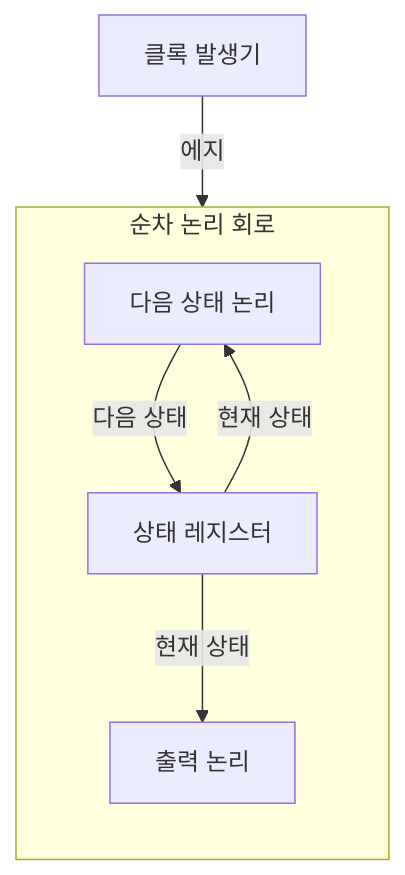
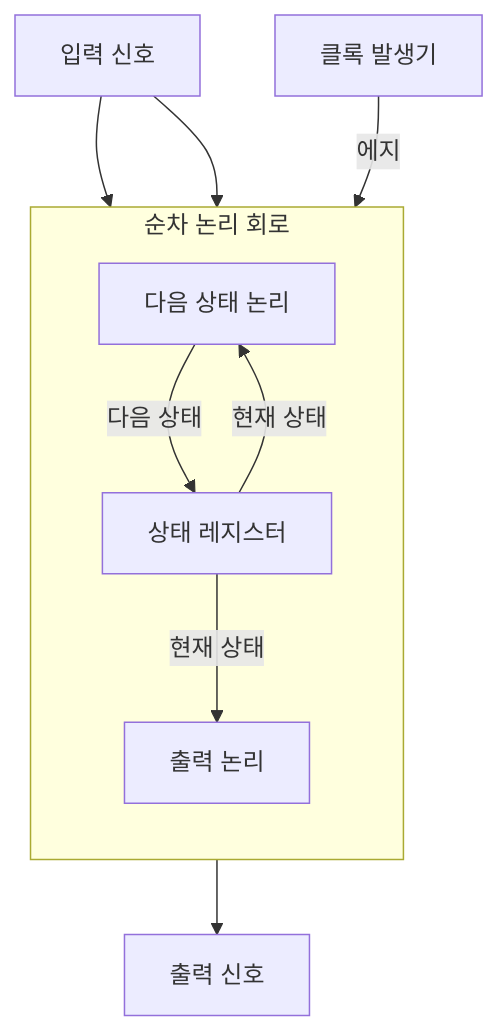
One commit to agnusdei1207/knowledge-base changed the first of 2 diagrams in src/content/docs/notes/01-basic-theory/027_sequential_logic.md. Above: the diagram before and after it, drawn with Mermaid. The commit also changed other lines of this file and 20 other files, not shown here.

````diff
--- a/src/content/docs/notes/01-basic-theory/027_sequential_logic.md
+++ b/src/content/docs/notes/01-basic-theory/027_sequential_logic.md
@@ -63,13 +63,16 @@
 ```mermaid
 flowchart TB
     subgraph S["순차 논리 회로"]
         direction TB
         NSL["다음 상태 논리"]
         SR["상태 레지스터"]
         OL["출력 논리"]
         SR -->|현재 상태| NSL
         NSL -->|다음 상태| SR
         SR -->|현재 상태| OL
     end
+    I["입력 신호"] --> NSL
+    I --> OL
     CLK["클록 발생기"] -->|에지| SR
+    OL --> Y["출력 신호"]
 ```
````
